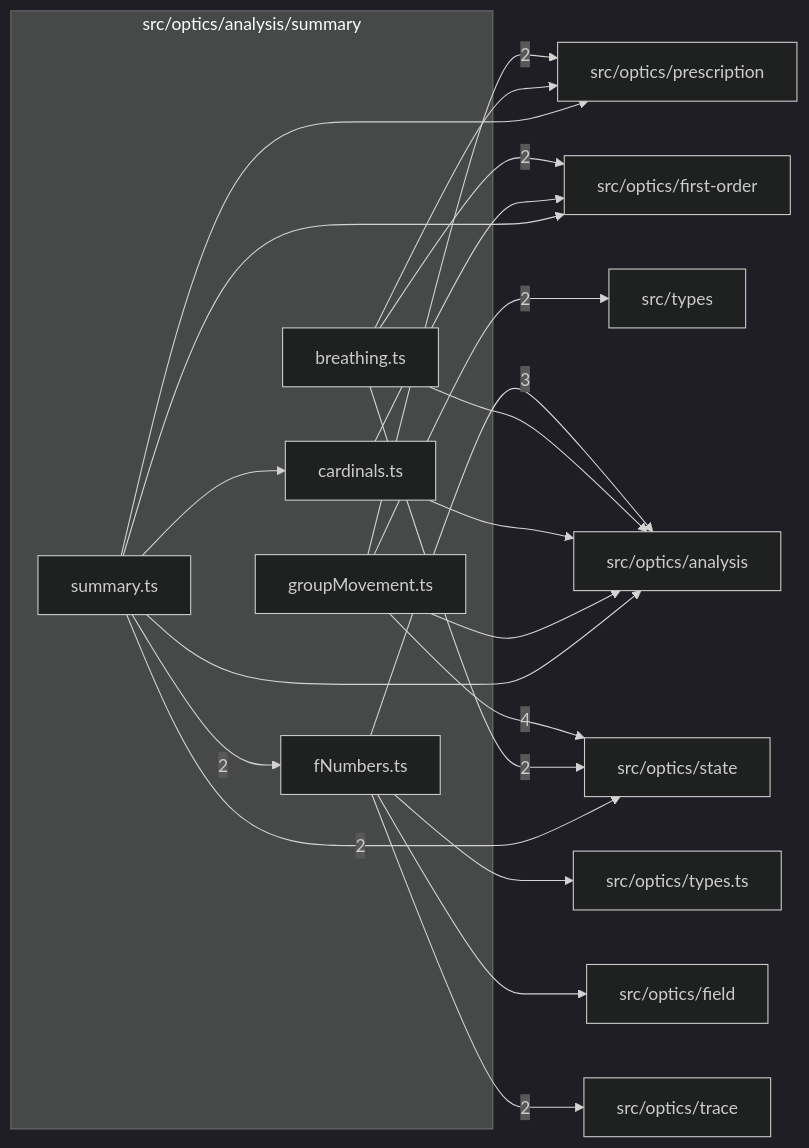
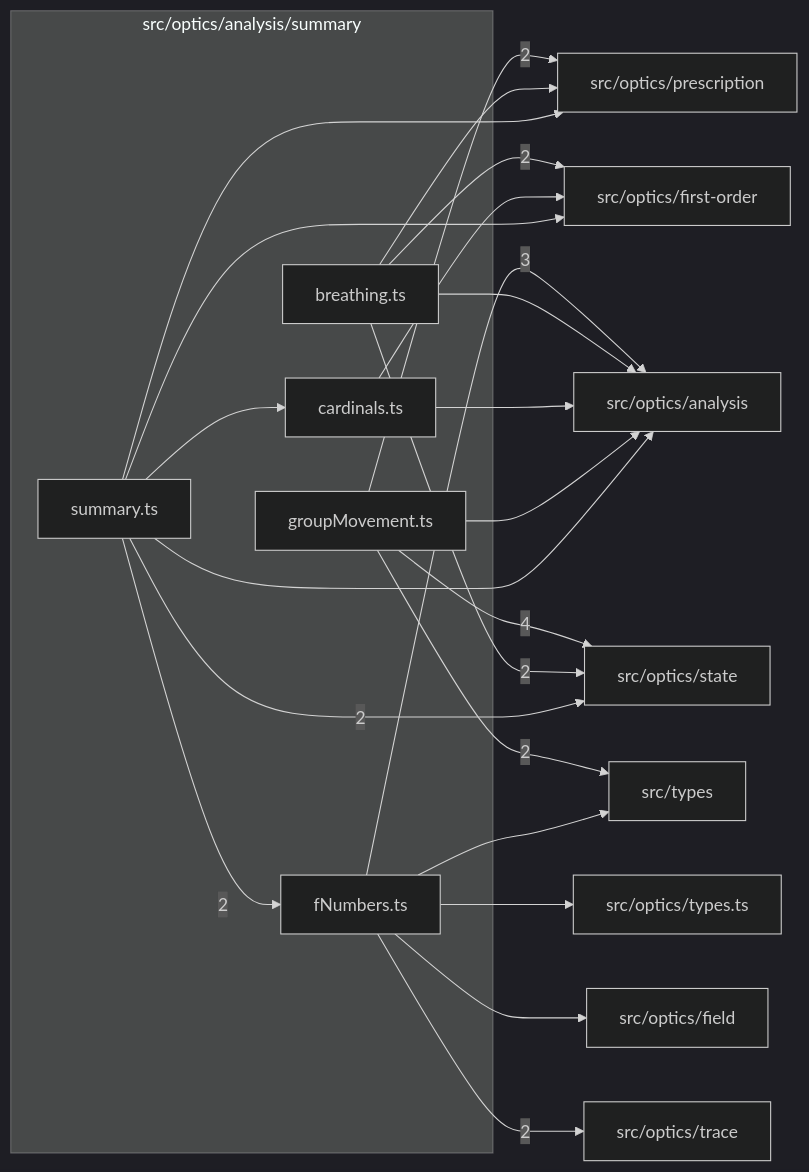
The diagram in src/optics/analysis/summary/readme.md (ronbuening/LensVisualizer), drawn with Mermaid (dark theme) before and after one commit. The commit also changed other lines of this file and 51 other files, not shown here.

````diff
--- a/src/optics/analysis/summary/readme.md
+++ b/src/optics/analysis/summary/readme.md
@@ -9,38 +9,39 @@
 ```mermaid
 flowchart LR
   subgraph n_src_optics_analysis_summary["src/optics/analysis/summary"]
     n_src_optics_analysis_summary_src_optics_analysis_summary_breathing_ts["breathing.ts"]
     n_src_optics_analysis_summary_src_optics_analysis_summary_cardinals_ts["cardinals.ts"]
     n_src_optics_analysis_summary_src_optics_analysis_summary_fNumbers_ts["fNumbers.ts"]
     n_src_optics_analysis_summary_src_optics_analysis_summary_groupMovement_ts["groupMovement.ts"]
     n_src_optics_analysis_summary_src_optics_analysis_summary_summary_ts["summary.ts"]
   end
   n_external_src_optics_state["src/optics/state"]
   n_external_src_optics_analysis["src/optics/analysis"]
   n_external_src_optics_first_order["src/optics/first-order"]
   n_external_src_optics_prescription["src/optics/prescription"]
   n_external_src_optics_trace["src/optics/trace"]
   n_external_src_types["src/types"]
   n_external_src_optics_field["src/optics/field"]
   n_external_src_optics_types_ts["src/optics/types.ts"]
   n_src_optics_analysis_summary_src_optics_analysis_summary_groupMovement_ts --> |4| n_external_src_optics_state
   n_src_optics_analysis_summary_src_optics_analysis_summary_fNumbers_ts --> |3| n_external_src_optics_analysis
   n_src_optics_analysis_summary_src_optics_analysis_summary_breathing_ts --> |2| n_external_src_optics_first_order
   n_src_optics_analysis_summary_src_optics_analysis_summary_groupMovement_ts --> |2| n_external_src_optics_prescription
   n_src_optics_analysis_summary_src_optics_analysis_summary_breathing_ts --> |2| n_external_src_optics_state
   n_src_optics_analysis_summary_src_optics_analysis_summary_summary_ts --> |2| n_external_src_optics_state
   n_src_optics_analysis_summary_src_optics_analysis_summary_fNumbers_ts --> |2| n_external_src_optics_trace
   n_src_optics_analysis_summary_src_optics_analysis_summary_groupMovement_ts --> |2| n_external_src_types
   n_src_optics_analysis_summary_src_optics_analysis_summary_summary_ts --> |2| n_src_optics_analysis_summary_src_optics_analysis_summary_fNumbers_ts
   n_src_optics_analysis_summary_src_optics_analysis_summary_breathing_ts --> n_external_src_optics_analysis
   n_src_optics_analysis_summary_src_optics_analysis_summary_cardinals_ts --> n_external_src_optics_analysis
   n_src_optics_analysis_summary_src_optics_analysis_summary_groupMovement_ts --> n_external_src_optics_analysis
   n_src_optics_analysis_summary_src_optics_analysis_summary_summary_ts --> n_external_src_optics_analysis
   n_src_optics_analysis_summary_src_optics_analysis_summary_fNumbers_ts --> n_external_src_optics_field
   n_src_optics_analysis_summary_src_optics_analysis_summary_cardinals_ts --> n_external_src_optics_first_order
   n_src_optics_analysis_summary_src_optics_analysis_summary_summary_ts --> n_external_src_optics_first_order
   n_src_optics_analysis_summary_src_optics_analysis_summary_breathing_ts --> n_external_src_optics_prescription
   n_src_optics_analysis_summary_src_optics_analysis_summary_summary_ts --> n_external_src_optics_prescription
   n_src_optics_analysis_summary_src_optics_analysis_summary_fNumbers_ts --> n_external_src_optics_types_ts
+  n_src_optics_analysis_summary_src_optics_analysis_summary_fNumbers_ts --> n_external_src_types
   n_src_optics_analysis_summary_src_optics_analysis_summary_summary_ts --> n_src_optics_analysis_summary_src_optics_analysis_summary_cardinals_ts
 ```
````
